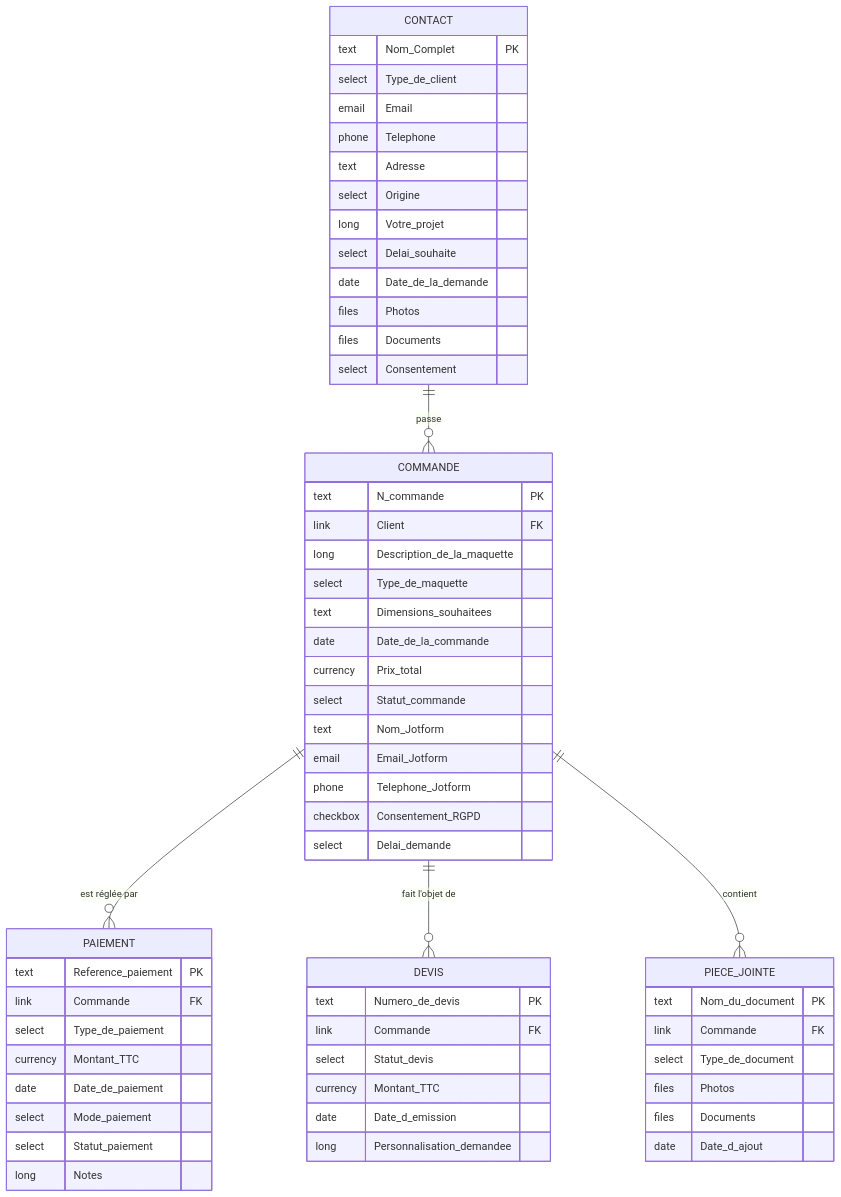
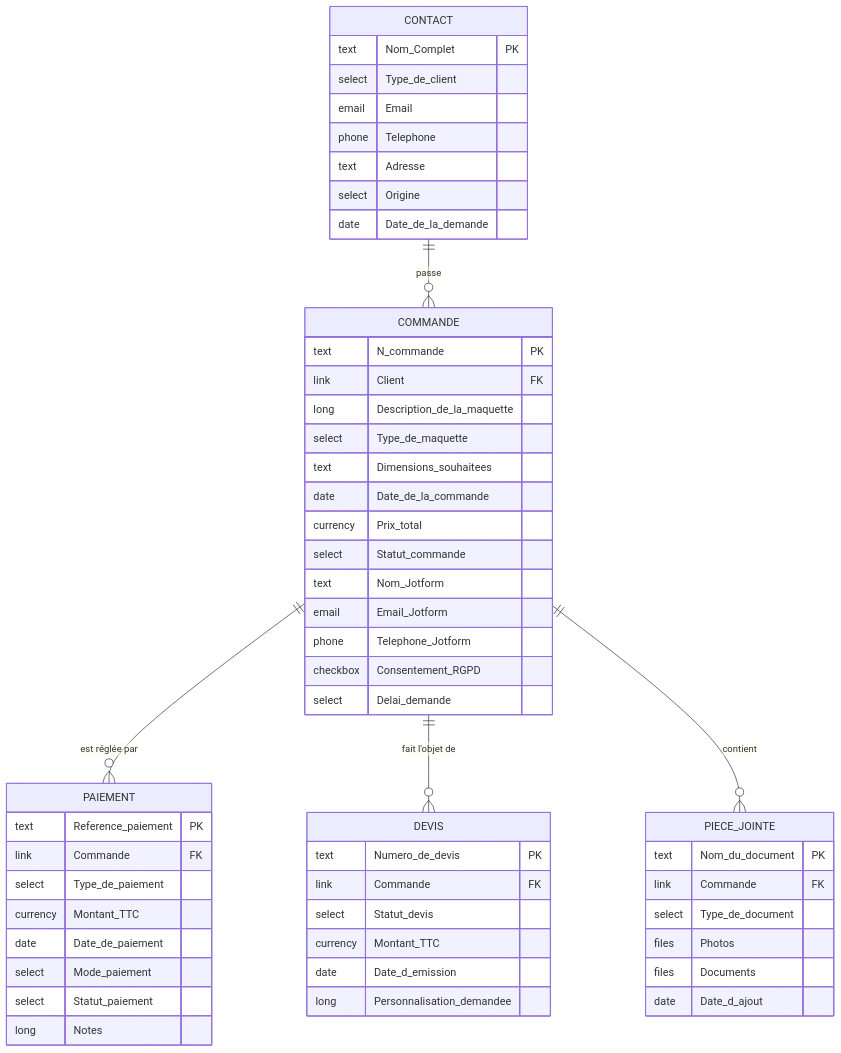
Before and after one commit to enzotoni-ux/atelier-alain-bourgeon: the second of 2 diagrams in dossier-fil-rouge/DOSSIER.md, drawn with Mermaid. The commit also changed other lines of this file, not shown here.

````diff
--- a/dossier-fil-rouge/DOSSIER.md
+++ b/dossier-fil-rouge/DOSSIER.md
@@ -41,63 +41,58 @@
 ```mermaid
 erDiagram
     CONTACT ||--o{ COMMANDE : "passe"
     COMMANDE ||--o{ PAIEMENT : "est réglée par"
     COMMANDE ||--o{ DEVIS : "fait l'objet de"
     COMMANDE ||--o{ PIECE_JOINTE : "contient"
 
     CONTACT {
         text   Nom_Complet PK
         select Type_de_client
         email  Email
         phone  Telephone
         text   Adresse
         select Origine
-        long   Votre_projet
-        select Delai_souhaite
         date   Date_de_la_demande
-        files  Photos
-        files  Documents
-        select Consentement
     }
     COMMANDE {
         text     N_commande PK
         link     Client FK
         long     Description_de_la_maquette
         select   Type_de_maquette
         text     Dimensions_souhaitees
         date     Date_de_la_commande
         currency Prix_total
         select   Statut_commande
         text     Nom_Jotform
         email    Email_Jotform
         phone    Telephone_Jotform
         checkbox Consentement_RGPD
         select   Delai_demande
     }
     PAIEMENT {
         text     Reference_paiement PK
         link     Commande FK
         select   Type_de_paiement
         currency Montant_TTC
         date     Date_de_paiement
         select   Mode_paiement
         select   Statut_paiement
         long     Notes
     }
     DEVIS {
         text     Numero_de_devis PK
         link     Commande FK
         select   Statut_devis
         currency Montant_TTC
         date     Date_d_emission
         long     Personnalisation_demandee
     }
     PIECE_JOINTE {
         text   Nom_du_document PK
         link   Commande FK
         select Type_de_document
         files  Photos
         files  Documents
         date   Date_d_ajout
     }
 ```
````
